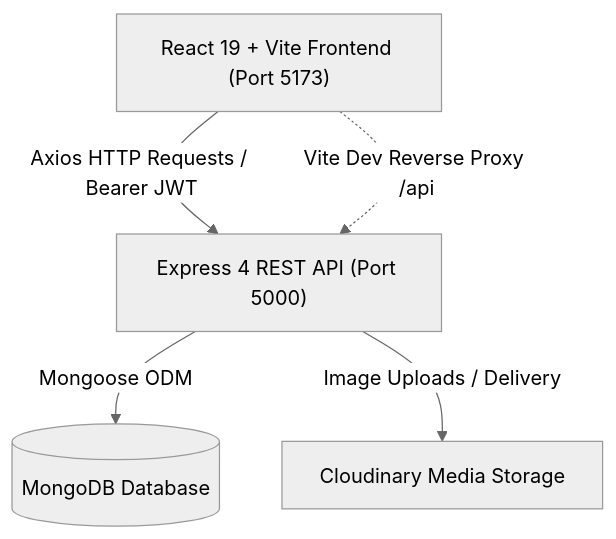
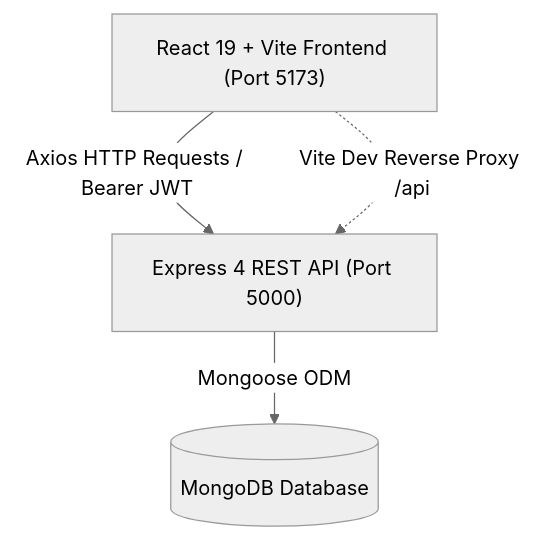
One commit to chamathkar/Found-it changed the first of 2 diagrams in README.md. Above: the diagram before and after it, drawn with Mermaid (neutral theme). The commit also changed other lines of this file, not shown here.

````diff
--- a/README.md
+++ b/README.md
@@ -74,12 +74,10 @@
 ```mermaid
 graph TD
     Client["React 19 + Vite Frontend (Port 5173)"]
     API["Express 4 REST API (Port 5000)"]
     DB[(MongoDB Database)]
-    Cloud["Cloudinary Media Storage"]
 
     Client -->|Axios HTTP Requests / Bearer JWT| API
     API -->|Mongoose ODM| DB
-    API -->|Image Uploads / Delivery| Cloud
     Client -.->|Vite Dev Reverse Proxy /api| API
 ```
````
